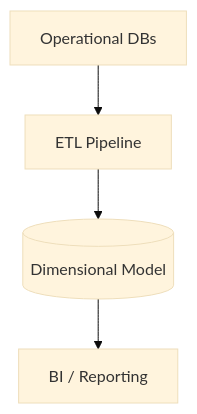
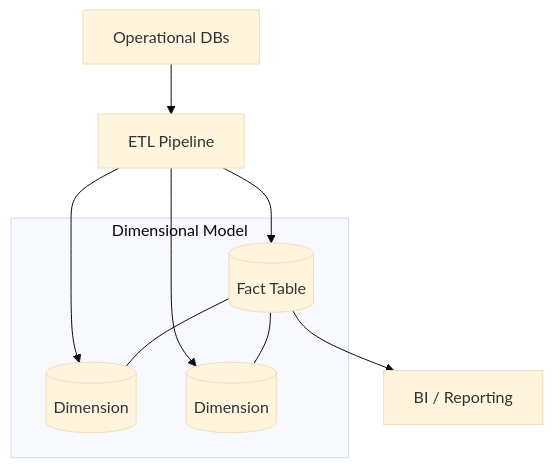
One commit to kholcomb/Architecture changed the diagram in Patterns/fragmented/polyglot-persistence/data-warehouse.md. Above: the diagram before and after it, drawn with Mermaid (base theme). The commit also changed 11 other files, not shown here.

Commit message:
diagram fixes

````diff
--- a/Patterns/fragmented/polyglot-persistence/data-warehouse.md
+++ b/Patterns/fragmented/polyglot-persistence/data-warehouse.md
@@ -13,8 +13,18 @@
 ```mermaid
 graph TD
     OPS[Operational DBs]
     ETL[ETL Pipeline]
-    DW[(Dimensional Model)]
+    subgraph Dimensional Model
+        FACT[(Fact Table)]
+        DIM1[(Dimension)]
+        DIM2[(Dimension)]
+        FACT --- DIM1
+        FACT --- DIM2
+    end
     BI[BI / Reporting]
-    OPS --> ETL --> DW --> BI
+    OPS --> ETL
+    ETL --> FACT
+    ETL --> DIM1
+    ETL --> DIM2
+    FACT --> BI
 ```
````
